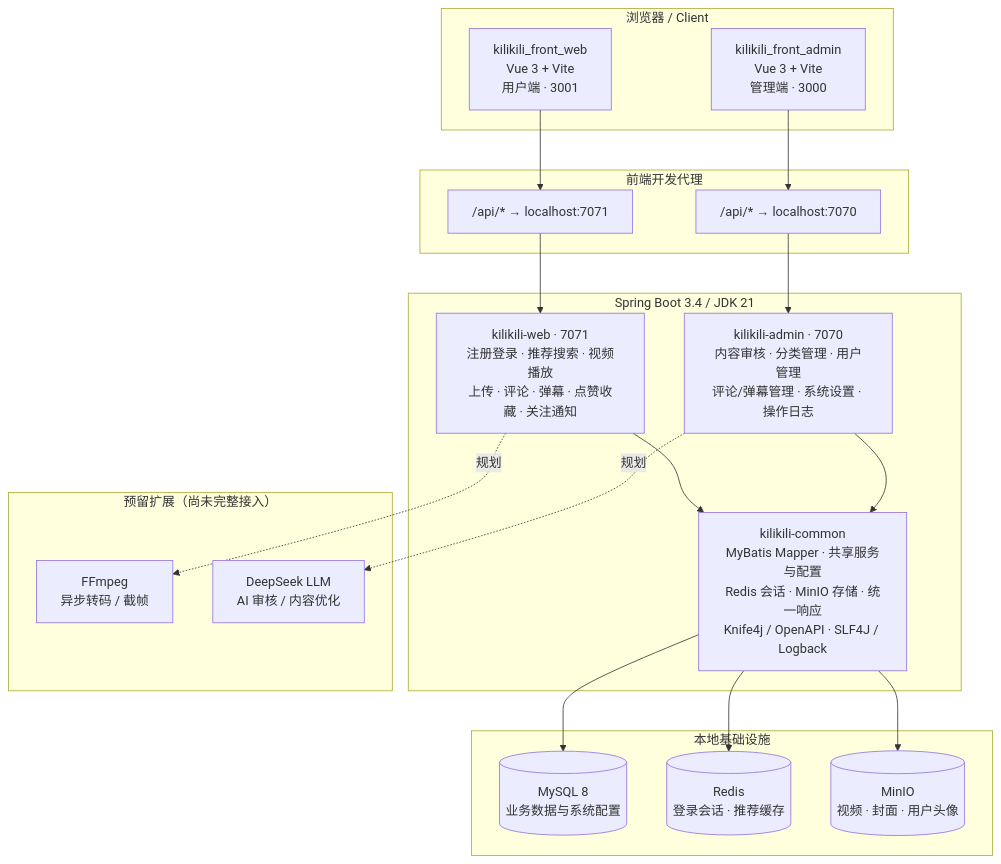
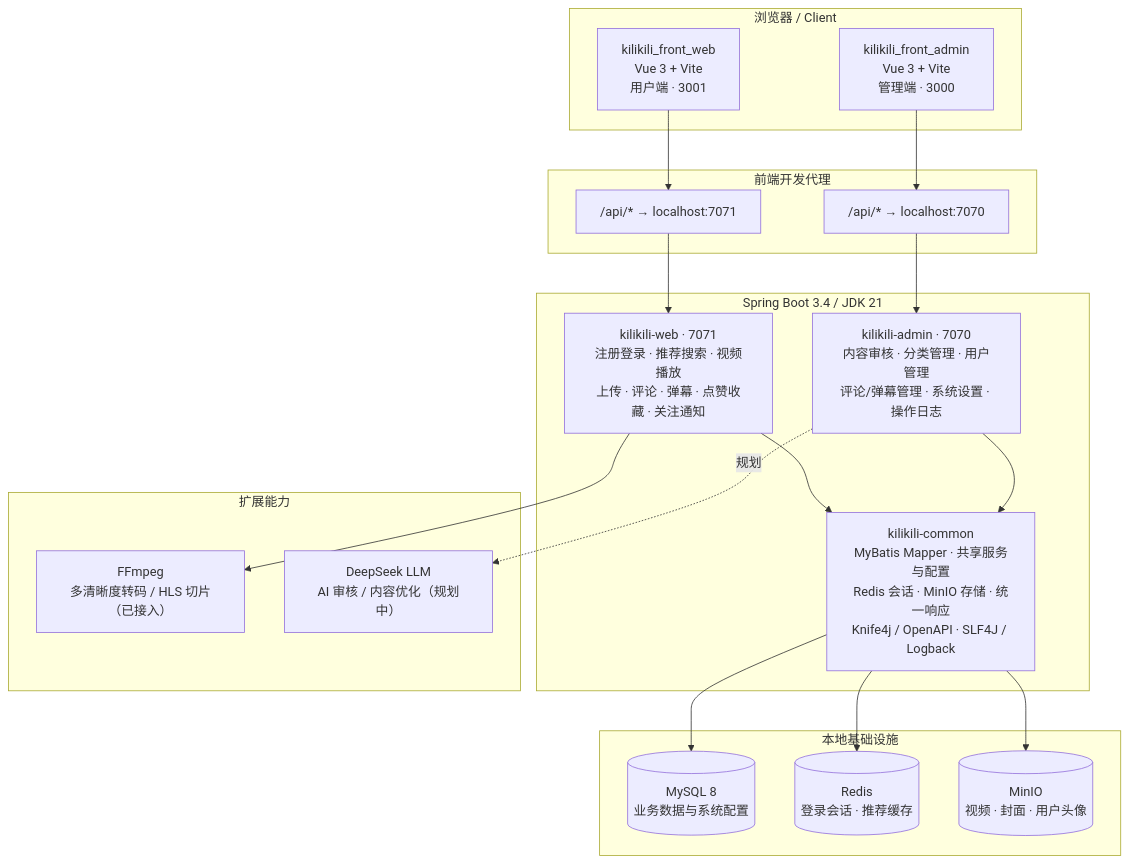
One commit to cxyxrz/kilikili changed the diagram in README.md. Above: the diagram before and after it, drawn with Mermaid. The commit also changed other lines of this file and 14 other files, not shown here.

````diff
--- a/README.md
+++ b/README.md
@@ -9,39 +9,39 @@
 ```mermaid
 flowchart TB
     subgraph Client["浏览器 / Client"]
         WebUI["kilikili_front_web<br/>Vue 3 + Vite<br/>用户端 · 3001"]
         AdminUI["kilikili_front_admin<br/>Vue 3 + Vite<br/>管理端 · 3000"]
     end
 
     subgraph Gateway["前端开发代理"]
         WebProxy["/api/* → localhost:7071"]
         AdminProxy["/api/* → localhost:7070"]
     end
 
     subgraph Backend["Spring Boot 3.4 / JDK 21"]
         WebAPI["kilikili-web · 7071<br/>注册登录 · 推荐搜索 · 视频播放<br/>上传 · 评论 · 弹幕 · 点赞收藏 · 关注通知"]
         AdminAPI["kilikili-admin · 7070<br/>内容审核 · 分类管理 · 用户管理<br/>评论/弹幕管理 · 系统设置 · 操作日志"]
         Common["kilikili-common<br/>MyBatis Mapper · 共享服务与配置<br/>Redis 会话 · MinIO 存储 · 统一响应<br/>Knife4j / OpenAPI · SLF4J / Logback"]
     end
 
     subgraph Infrastructure["本地基础设施"]
         MySQL[("MySQL 8<br/>业务数据与系统配置")]
         Redis[("Redis<br/>登录会话 · 推荐缓存")]
         MinIO[("MinIO<br/>视频 · 封面 · 用户头像")]
     end
 
-    subgraph Extension["预留扩展（尚未完整接入）"]
-        FFmpeg["FFmpeg<br/>异步转码 / 截帧"]
-        DeepSeek["DeepSeek LLM<br/>AI 审核 / 内容优化"]
+    subgraph Extension["扩展能力"]
+        FFmpeg["FFmpeg<br/>多清晰度转码 / HLS 切片（已接入）"]
+        DeepSeek["DeepSeek LLM<br/>AI 审核 / 内容优化（规划中）"]
     end
 
     WebUI --> WebProxy --> WebAPI
     AdminUI --> AdminProxy --> AdminAPI
     WebAPI --> Common
     AdminAPI --> Common
     Common --> MySQL
     Common --> Redis
     Common --> MinIO
-    WebAPI -.规划.-> FFmpeg
+    WebAPI --> FFmpeg
     AdminAPI -.规划.-> DeepSeek
 ```
````
